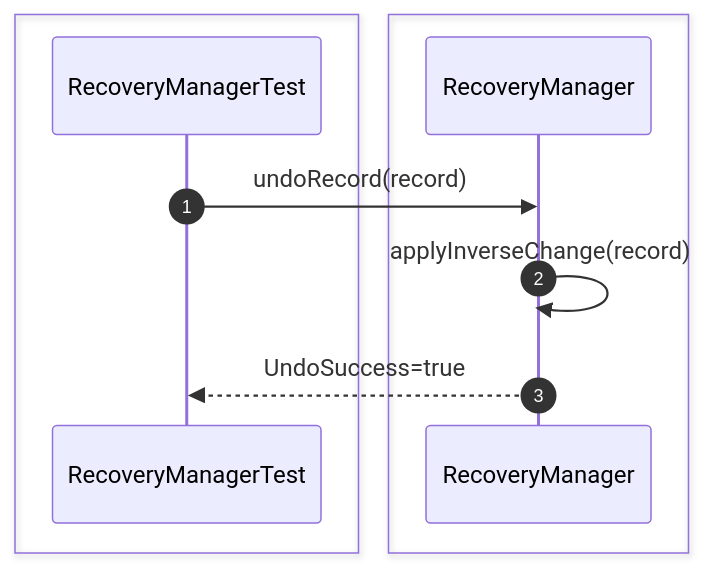
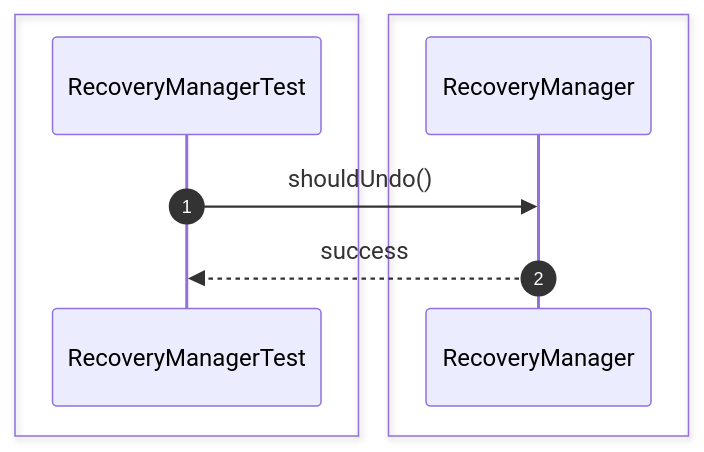
One commit to Huy1801214/dbms-architecture changed diagram 13 of 28 in src/sequence/recovery.md. Above: the diagram before and after it, drawn with Mermaid. The commit also changed other lines of this file and 68 other files, not shown here.

Commit message:
implement comprehensive unit test suite and architectural sequence documentation

````diff
--- a/src/sequence/recovery.md
+++ b/src/sequence/recovery.md
@@ -221,15 +188,13 @@
 ```mermaid
 sequenceDiagram
     autonumber
-
     box #e1f5fe Test Suite
     participant Test as RecoveryManagerTest
     end
-    box #ffebee Recovery Components
-    participant Recovery as RecoveryManager
+    box #ffebee RecoveryManager Component
+    participant RM as RecoveryManager
     end
 
-    Test->>Recovery: undoRecord(record)
-    Recovery->>Recovery: applyInverseChange(record)
-    Recovery-->>Test: UndoSuccess=true
+    Test->>RM: shouldUndo()
+    RM-->>Test: success
 ```
````
